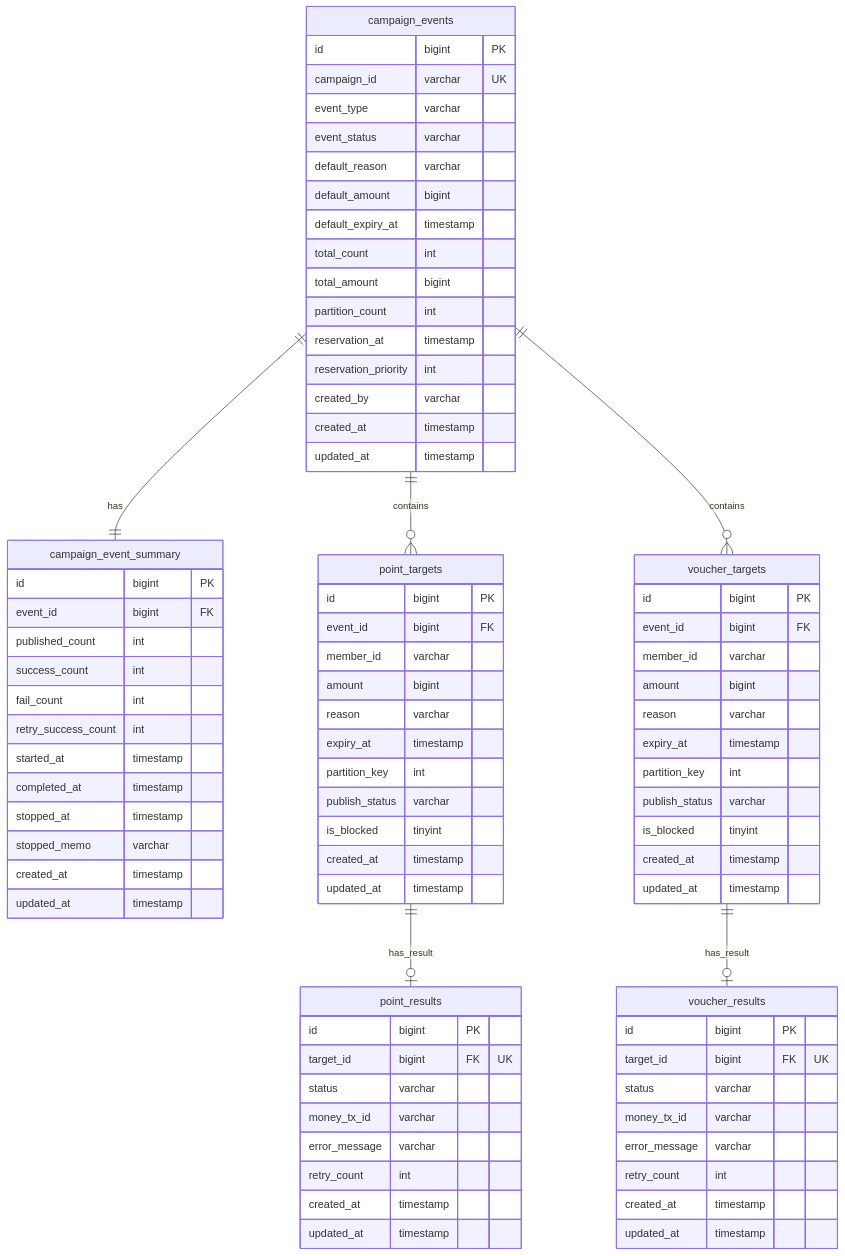
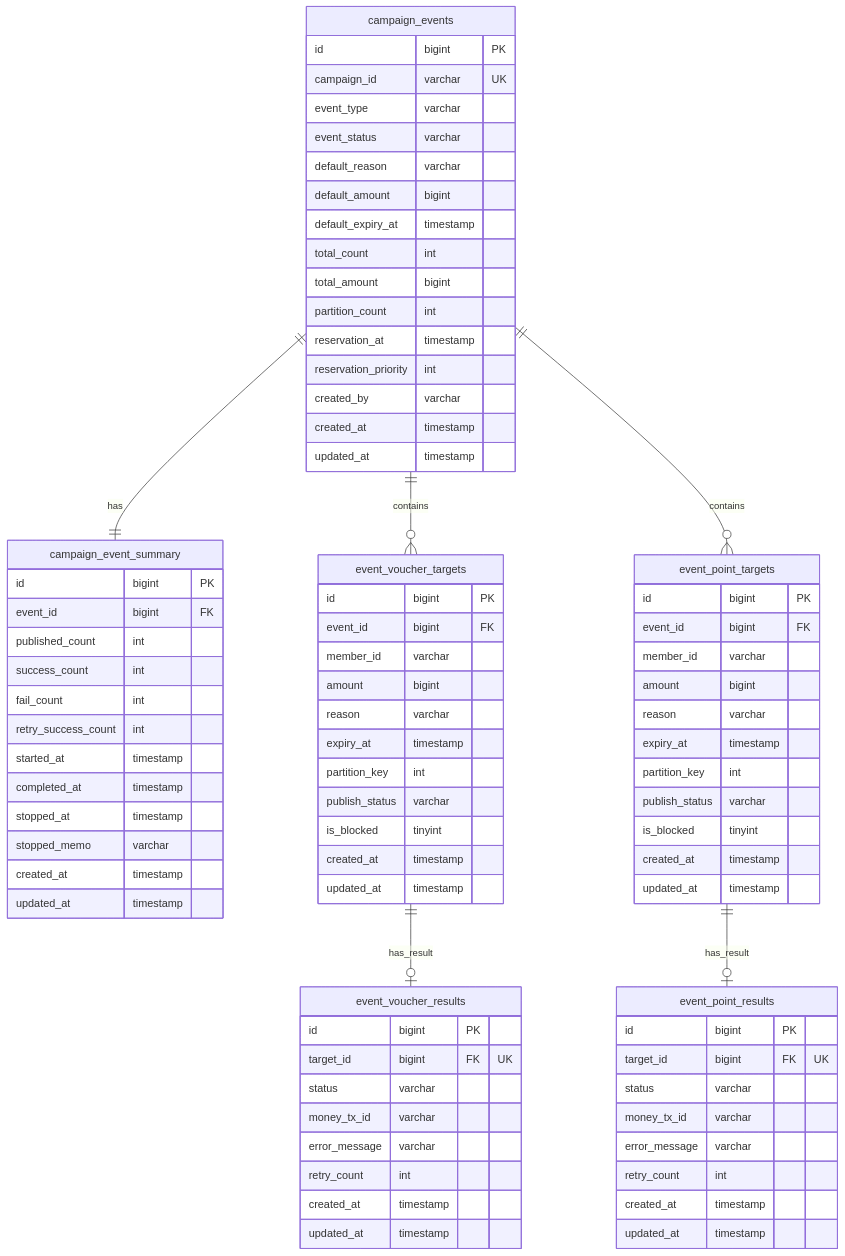
One commit to JiYoonKimjimmy/obsidian-vault changed the diagram in 1. Project/2026_MP_대량 포인트 지급 시스템/03_Data Modeling.md. Above: the diagram before and after it, drawn with Mermaid. The commit also changed other lines of this file, not shown here.

````diff
--- a/1. Project/2026_MP_대량 포인트 지급 시스템/03_Data Modeling.md
+++ b/1. Project/2026_MP_대량 포인트 지급 시스템/03_Data Modeling.md
@@ -27,10 +26,10 @@
 ```mermaid
 erDiagram
     campaign_events ||--|| campaign_event_summary : has
-    campaign_events ||--o{ point_targets : contains
-    campaign_events ||--o{ voucher_targets : contains
-    point_targets ||--o| point_results : has_result
-    voucher_targets ||--o| voucher_results : has_result
+    campaign_events ||--o{ event_voucher_targets : contains
+    campaign_events ||--o{ event_point_targets : contains
+    event_voucher_targets ||--o| event_voucher_results : has_result
+    event_point_targets ||--o| event_point_results : has_result
     
     campaign_events {
         id bigint PK
@@ -65,7 +64,7 @@
         updated_at timestamp
     }
     
-    point_targets {
+    event_voucher_targets {
         id bigint PK
         event_id bigint FK
         member_id varchar
@@ -79,7 +78,7 @@
         updated_at timestamp
     }
     
-    point_results {
+    event_voucher_results {
         id bigint PK
         target_id bigint FK "UK"
         status varchar
@@ -90,7 +89,7 @@
         updated_at timestamp
     }
     
-    voucher_targets {
+    event_point_targets {
         id bigint PK
         event_id bigint FK
         member_id varchar
@@ -104,7 +103,7 @@
         updated_at timestamp
     }
     
-    voucher_results {
+    event_point_results {
         id bigint PK
         target_id bigint FK "UK"
         status varchar
````
